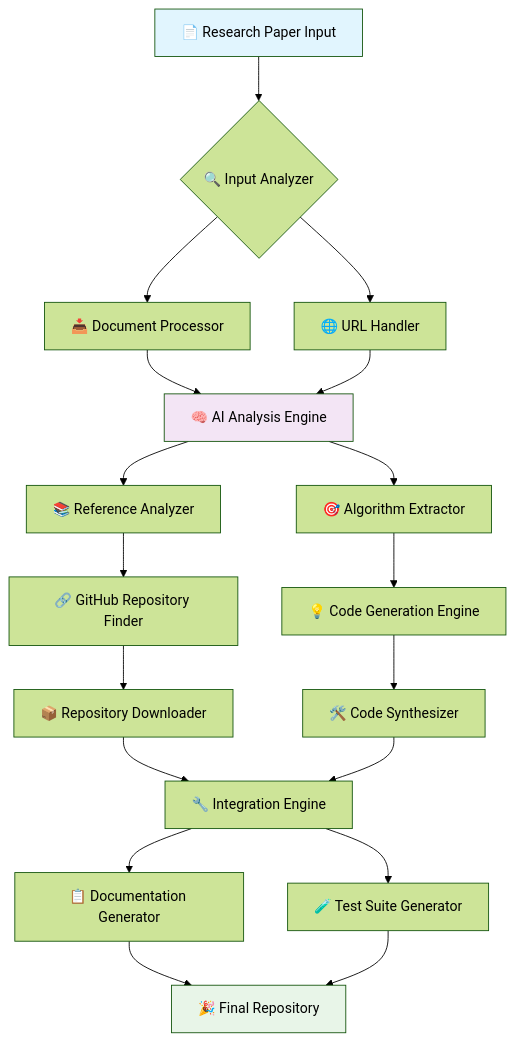
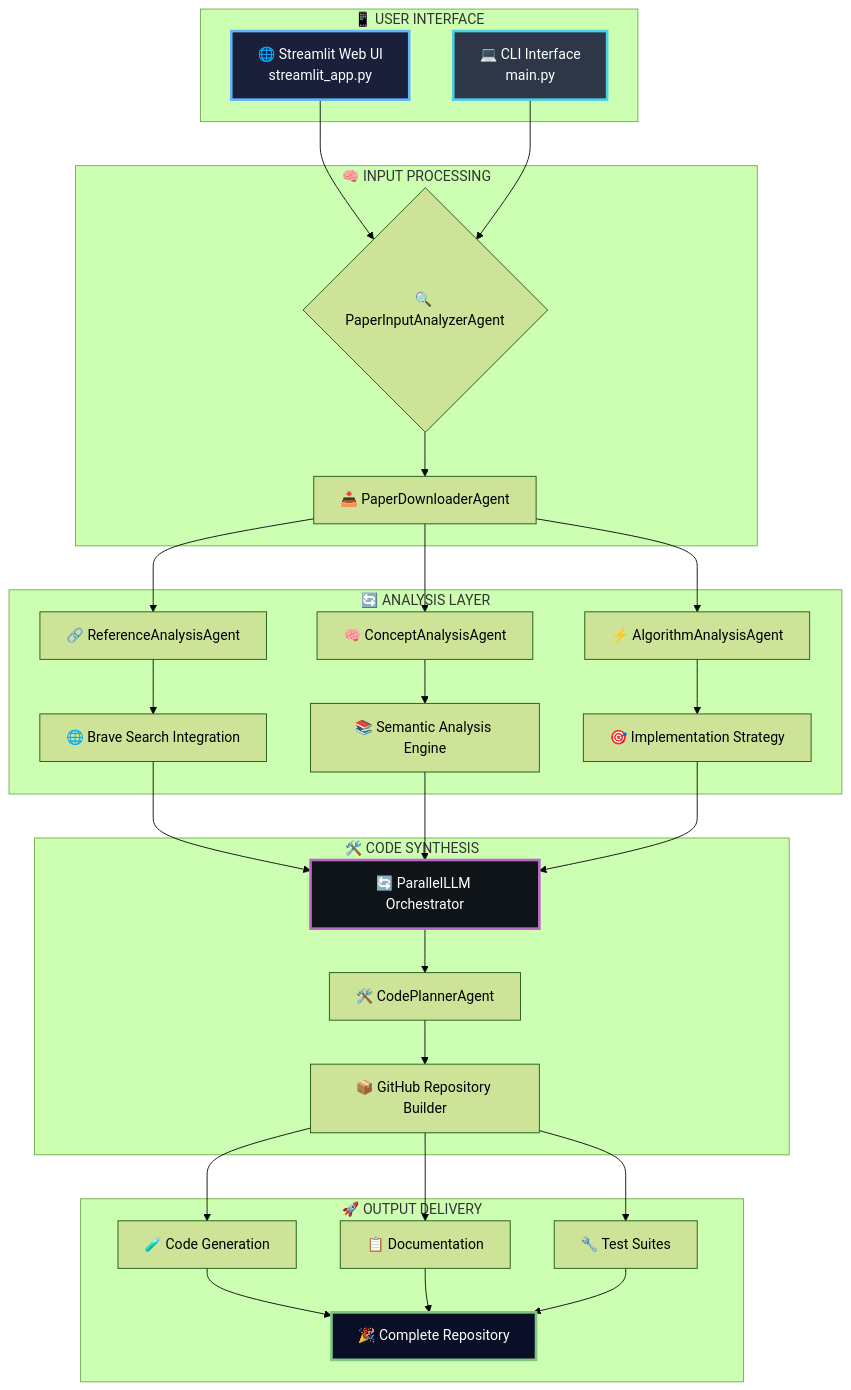
Before and after one commit to randy888chan/DeepCode: the diagram in deepcode-mcp/README.md, drawn with Mermaid (forest theme). The commit also changed other lines of this file, not shown here.

````diff
--- a/deepcode-mcp/README.md
+++ b/deepcode-mcp/README.md
@@ -83,31 +85,47 @@
 ```mermaid
 graph TB
-    A[📄 Research Paper Input] --> B{🔍 Input Analyzer}
-    B --> C[📥 Document Processor]
-    B --> D[🌐 URL Handler]
+    subgraph "📱 USER INTERFACE"
+        A1[🌐 Streamlit Web UI<br/>streamlit_app.py] 
+        A2[💻 CLI Interface<br/>main.py]
+    end
     
-    C --> E[🧠 AI Analysis Engine]
-    D --> E
+    subgraph "🧠 INPUT PROCESSING"
+        A1 --> B{🔍 PaperInputAnalyzerAgent}
+        A2 --> B
+        B --> C[📥 PaperDownloaderAgent]
+    end
     
-    E --> F[📚 Reference Analyzer]
-    E --> G[🎯 Algorithm Extractor]
+    subgraph "🔄 ANALYSIS LAYER"
+        C --> D[🔗 ReferenceAnalysisAgent]
+        C --> E[🧠 ConceptAnalysisAgent]
+        C --> F[⚡ AlgorithmAnalysisAgent] 
+        
+        D --> G[🌐 Brave Search Integration]
+        E --> H[📚 Semantic Analysis Engine]
+        F --> I[🎯 Implementation Strategy]
+    end
     
-    F --> H[🔗 GitHub Repository Finder]
-    G --> I[💡 Code Generation Engine]
+    subgraph "🛠️ CODE SYNTHESIS"
+        G --> J[🔄 ParallelLLM Orchestrator]
+        H --> J
+        I --> J
+        
+        J --> K[🛠️ CodePlannerAgent]
+        K --> L[📦 GitHub Repository Builder]
+    end
     
-    H --> J[📦 Repository Downloader]
-    I --> K[🛠️ Code Synthesizer]
+    subgraph "🚀 OUTPUT DELIVERY"
+        L --> M[🧪 Code Generation]
+        L --> N[📋 Documentation]
+        L --> O[🔧 Test Suites]
+        
+        M --> P[🎉 Complete Repository]
+        N --> P
+        O --> P
+    end
     
-    J --> L[🔧 Integration Engine]
-    K --> L
-    
-    L --> M[📋 Documentation Generator]
-    L --> N[🧪 Test Suite Generator]
-    
-    M --> O[🎉 Final Repository]
-    N --> O
-    
-    style A fill:#e1f5fe
-    style E fill:#f3e5f5
-    style O fill:#e8f5e8
+    style A1 fill:#1a1f3a,stroke:#64b5f6,stroke-width:3px,color:#ffffff
+    style A2 fill:#2d3748,stroke:#4dd0e1,stroke-width:3px,color:#ffffff
+    style J fill:#0f1419,stroke:#ba68c8,stroke-width:3px,color:#ffffff
+    style P fill:#0a0e27,stroke:#81c784,stroke-width:3px,color:#ffffff
 ```
````
